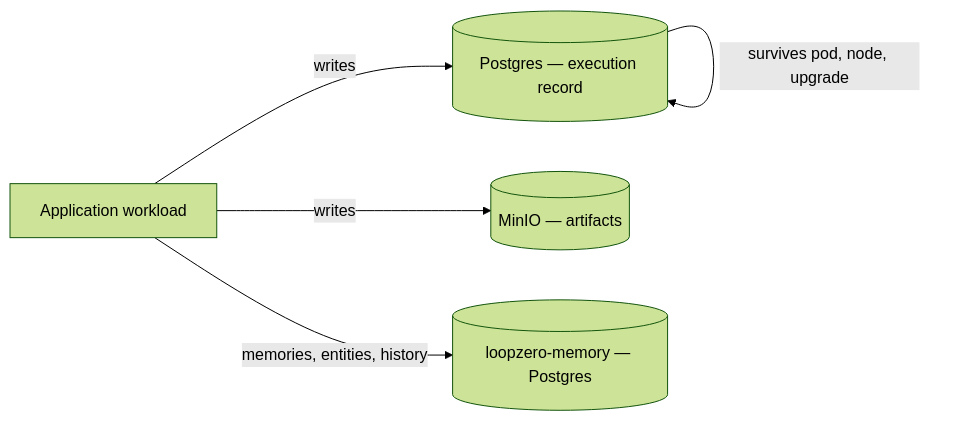
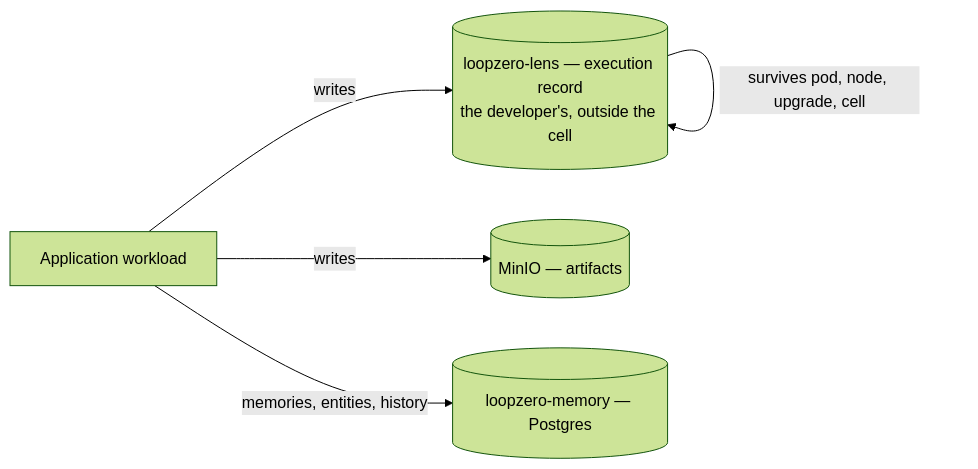
Before and after one commit to getloopscale/loop-runtime: the diagram in .squad/wiki/design/durability.md, drawn with Mermaid (forest theme). The commit also changed other lines of this file and 3 other files, not shown here.

````diff
--- a/.squad/wiki/design/durability.md
+++ b/.squad/wiki/design/durability.md
@@ -20,7 +20,7 @@
 ```mermaid
 flowchart LR
-    app[Application workload] -->|writes| pg[(Postgres — execution record)]
+    app[Application workload] -->|writes| lens[(loopzero-lens — execution record<br/>the developer's, outside the cell)]
     app -->|writes| minio[(MinIO — artifacts)]
-    pg -->|survives pod, node, upgrade| pg
+    lens -->|survives pod, node, upgrade, cell| lens
     app -->|"memories, entities, history"| mem[("loopzero-memory — Postgres")]
 ```
````
